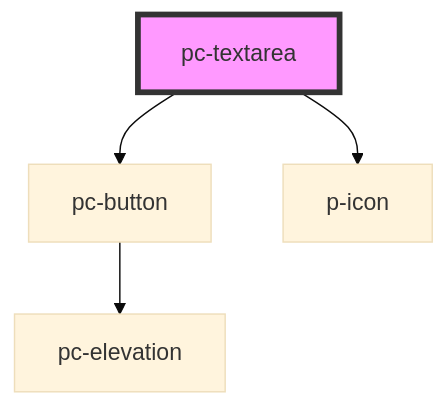
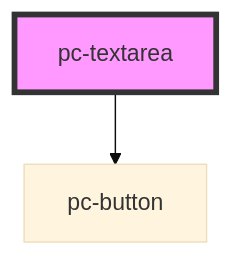
Before and after one commit to redvars/peacock: the diagram in src/components/input-controls/input/textarea/readme.md, drawn with Mermaid (base theme). The commit also changed other lines of this file and 135 other files, not shown here.

````diff
--- a/src/components/input-controls/input/textarea/readme.md
+++ b/src/components/input-controls/input/textarea/readme.md
@@ -87,7 +86,5 @@
 ```mermaid
 graph TD;
   pc-textarea --> pc-button
-  pc-textarea --> p-icon
-  pc-button --> pc-elevation
   style pc-textarea fill:#f9f,stroke:#333,stroke-width:4px
 ```
````
